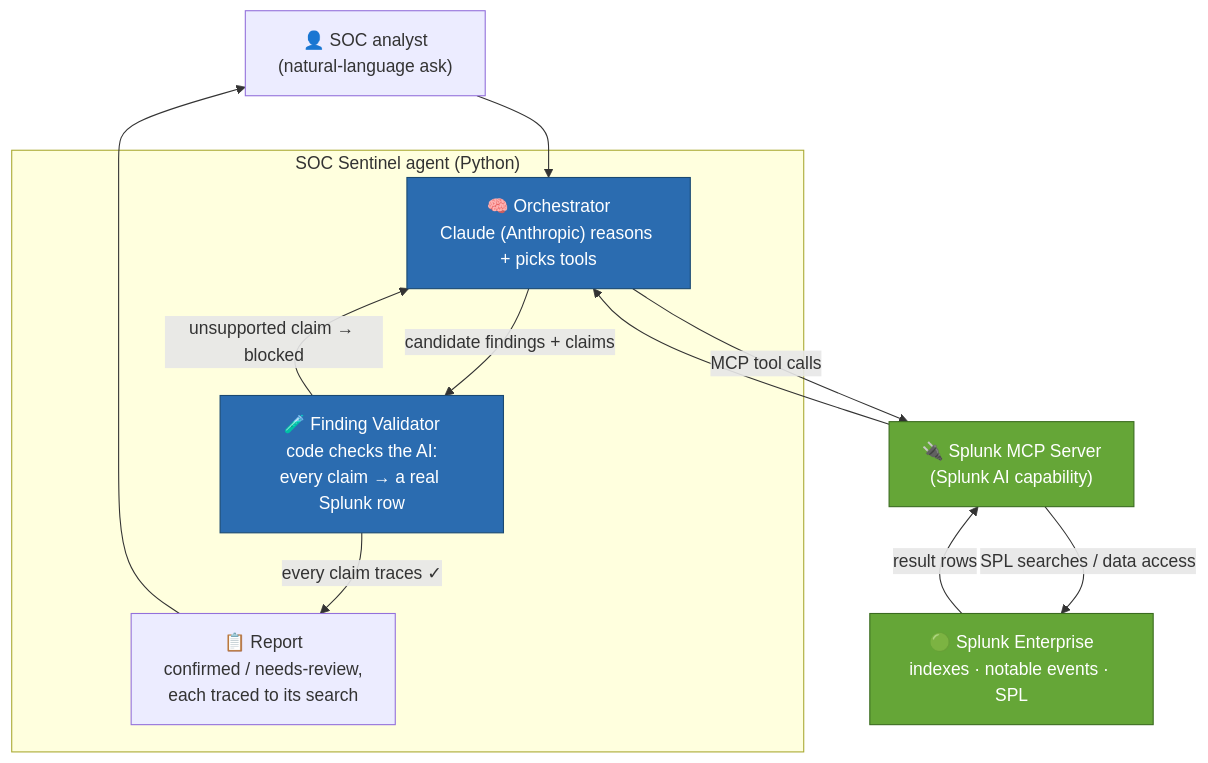
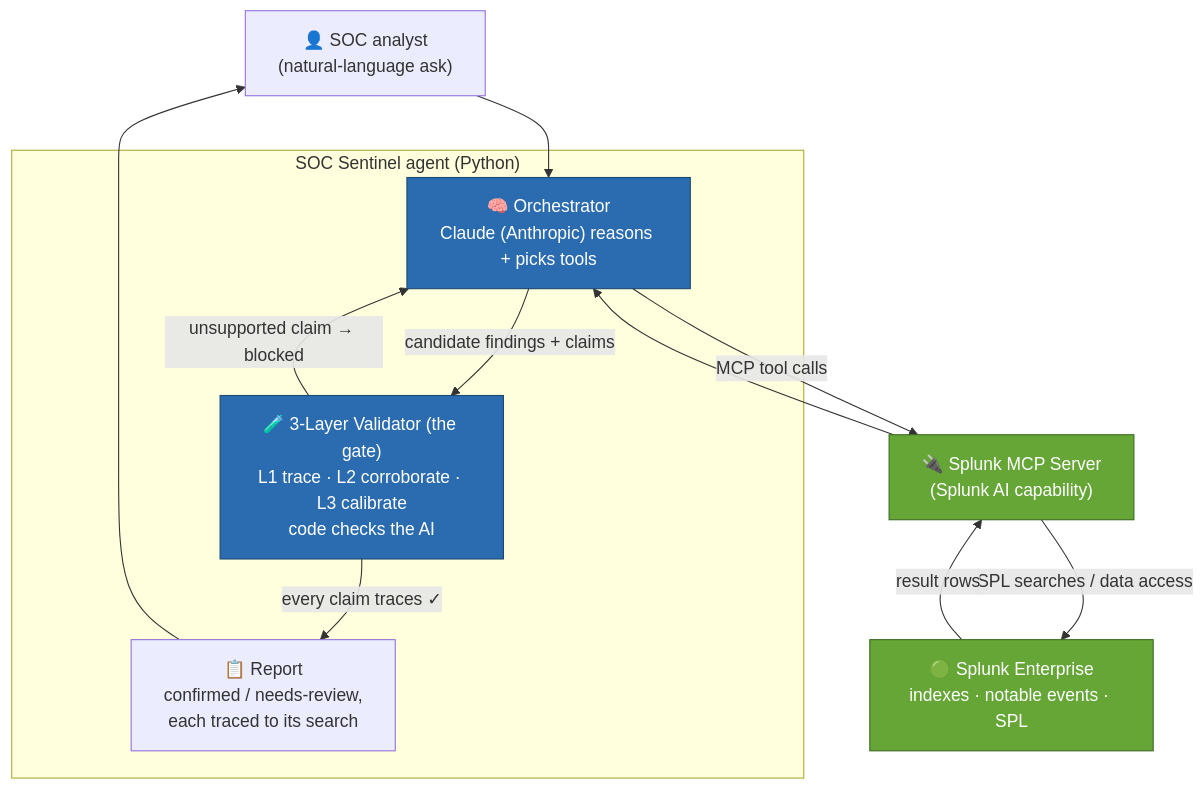
Before and after one commit to 3sk1nt4n/SOC-Sentinel-Splunk: the diagram in architecture_diagram.md, drawn with Mermaid. The commit also changed other lines of this file and 2 other files, not shown here.

First line of the commit message:
docs: lead with the problem + embed the architecture PNG

````diff
--- a/architecture_diagram.md
+++ b/architecture_diagram.md
@@ -7,23 +11,23 @@
 ```mermaid
 flowchart TD
     A["👤 SOC analyst<br/>(natural-language ask)"] --> AG
 
     subgraph AGENT["SOC Sentinel agent (Python)"]
       AG["🧠 Orchestrator<br/>Claude (Anthropic) reasons + picks tools"]
-      VAL["🧪 Finding Validator<br/>code checks the AI:<br/>every claim → a real Splunk row"]
+      VAL["🧪 3-Layer Validator (the gate)<br/>L1 trace · L2 corroborate · L3 calibrate<br/>code checks the AI"]
       REP["📋 Report<br/>confirmed / needs-review,<br/>each traced to its search"]
     end
 
     AG -->|"MCP tool calls"| MCP["🔌 Splunk MCP Server<br/>(Splunk AI capability)"]
     MCP -->|"SPL searches / data access"| SPL["🟢 Splunk Enterprise<br/>indexes · notable events · SPL"]
     SPL -->|"result rows"| MCP --> AG
     AG -->|"candidate findings + claims"| VAL
     VAL -->|"unsupported claim → blocked"| AG
     VAL -->|"every claim traces ✓"| REP
     REP --> A
 
     classDef splunk fill:#65A637,color:#fff,stroke:#3a6b1f;
     classDef ai fill:#2b6cb0,color:#fff,stroke:#1a4971;
     class SPL,MCP splunk
     class AG,VAL ai
 ```
````
